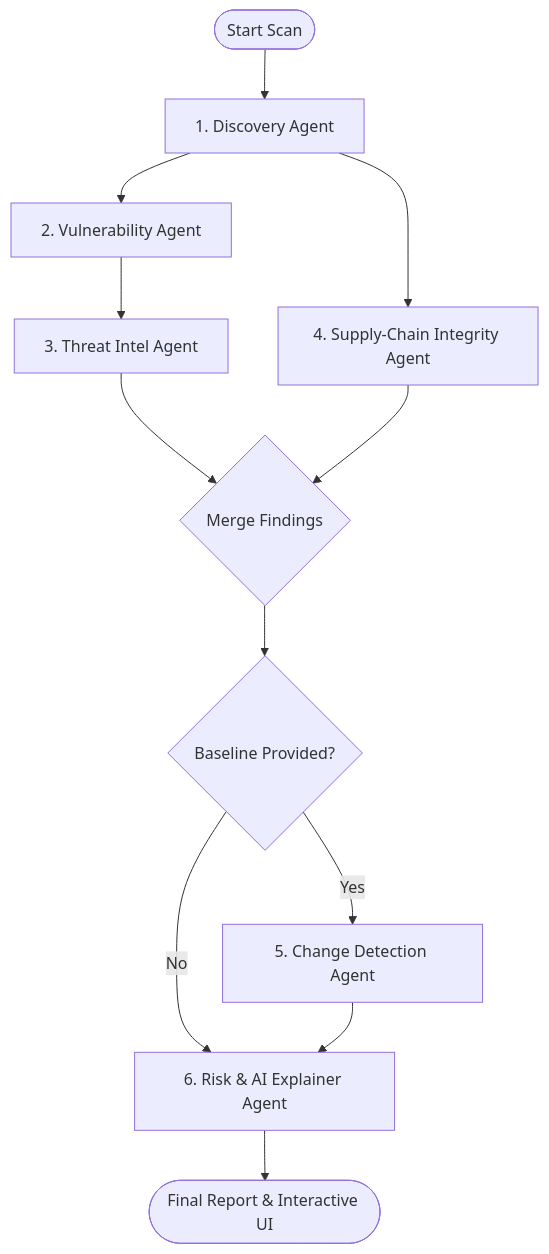
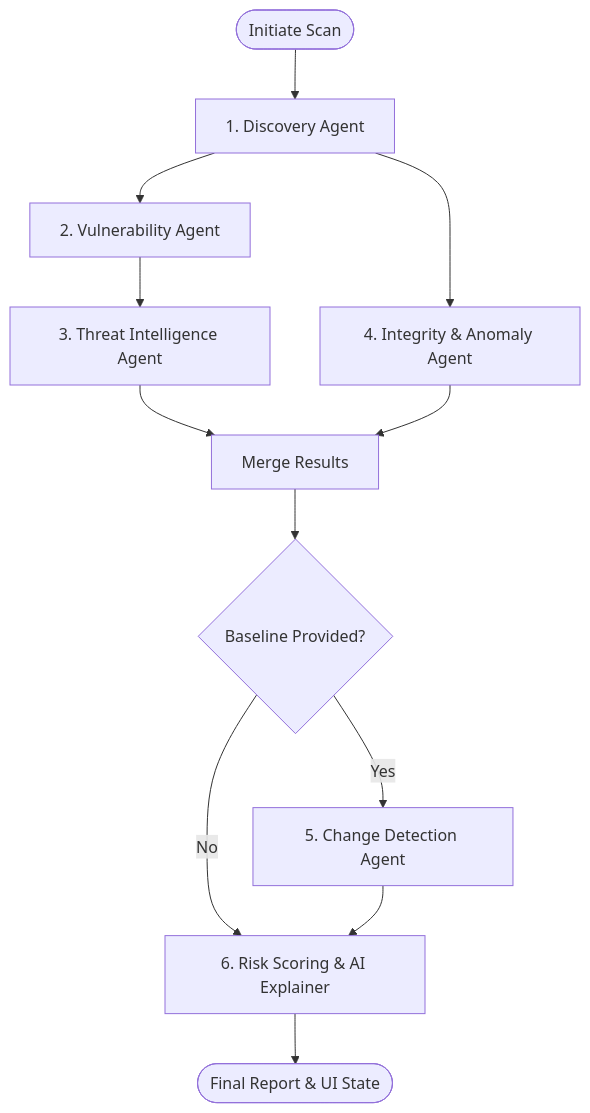
One commit to GowthamKumaresan0/Supply-Chain-Guardian changed the diagram in README.md. Above: the diagram before and after it, drawn with Mermaid. The commit also changed other lines of this file, not shown here.

````diff
--- a/README.md
+++ b/README.md
@@ -94,19 +88,19 @@
 ```mermaid
 flowchart TD
-    START([Start Scan]) --> Discovery[1. Discovery Agent]
-    
+    Start([Initiate Scan]) --> Discovery[1. Discovery Agent]
+
     Discovery --> Vuln[2. Vulnerability Agent]
-    Discovery --> Integrity[4. Supply-Chain Integrity Agent]
-    
-    Vuln --> Intel[3. Threat Intel Agent]
-    
-    Intel --> Merge{Merge Findings}
+    Discovery --> Integrity[4. Integrity & Anomaly Agent]
+
+    Vuln --> Intel[3. Threat Intelligence Agent]
+
+    Intel --> Merge[Merge Results]
     Integrity --> Merge
-    
-    Merge --> BaselineCheck{Baseline Provided?}
-    BaselineCheck -- Yes --> Change[5. Change Detection Agent]
-    BaselineCheck -- No --> Risk[6. Risk & AI Explainer Agent]
+
+    Merge --> CheckBaseline{Baseline Provided?}
+    CheckBaseline -- Yes --> Change[5. Change Detection Agent]
+    CheckBaseline -- No --> Risk[6. Risk Scoring & AI Explainer]
     Change --> Risk
-    
-    Risk --> Output([Final Report & Interactive UI])
+
+    Risk --> Output([Final Report & UI State])
 ```
````
